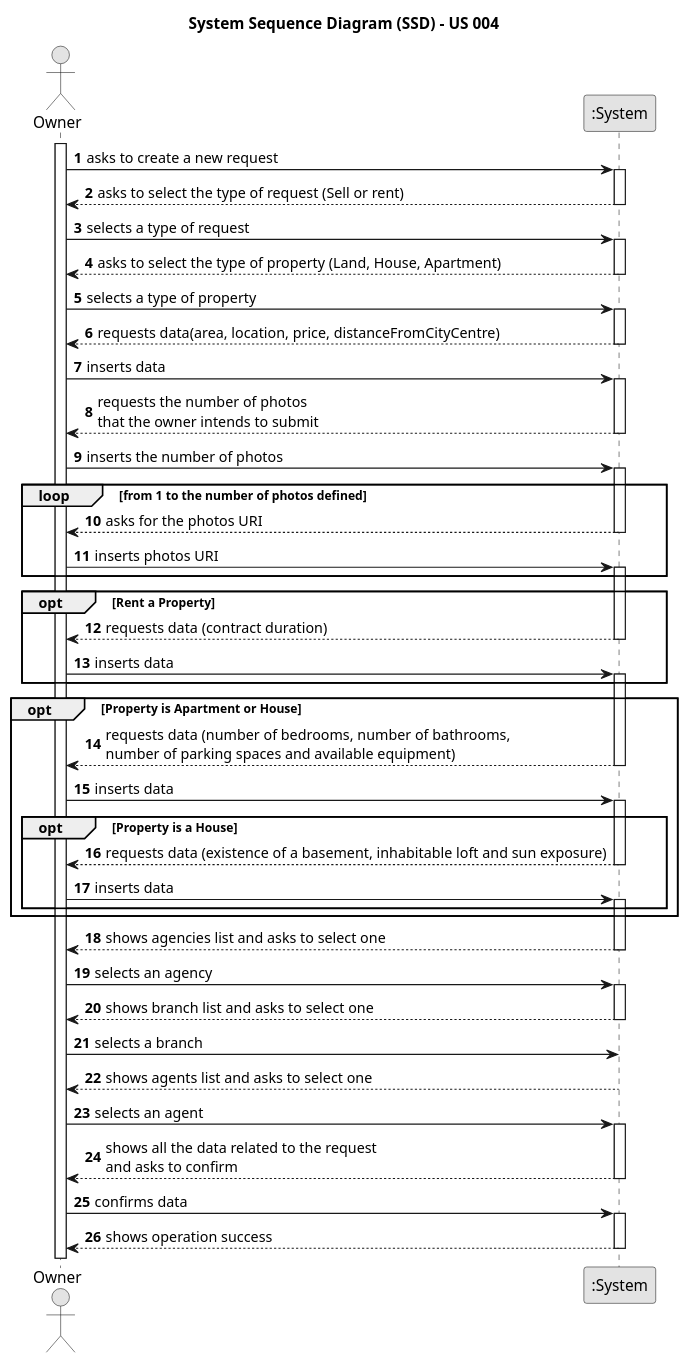
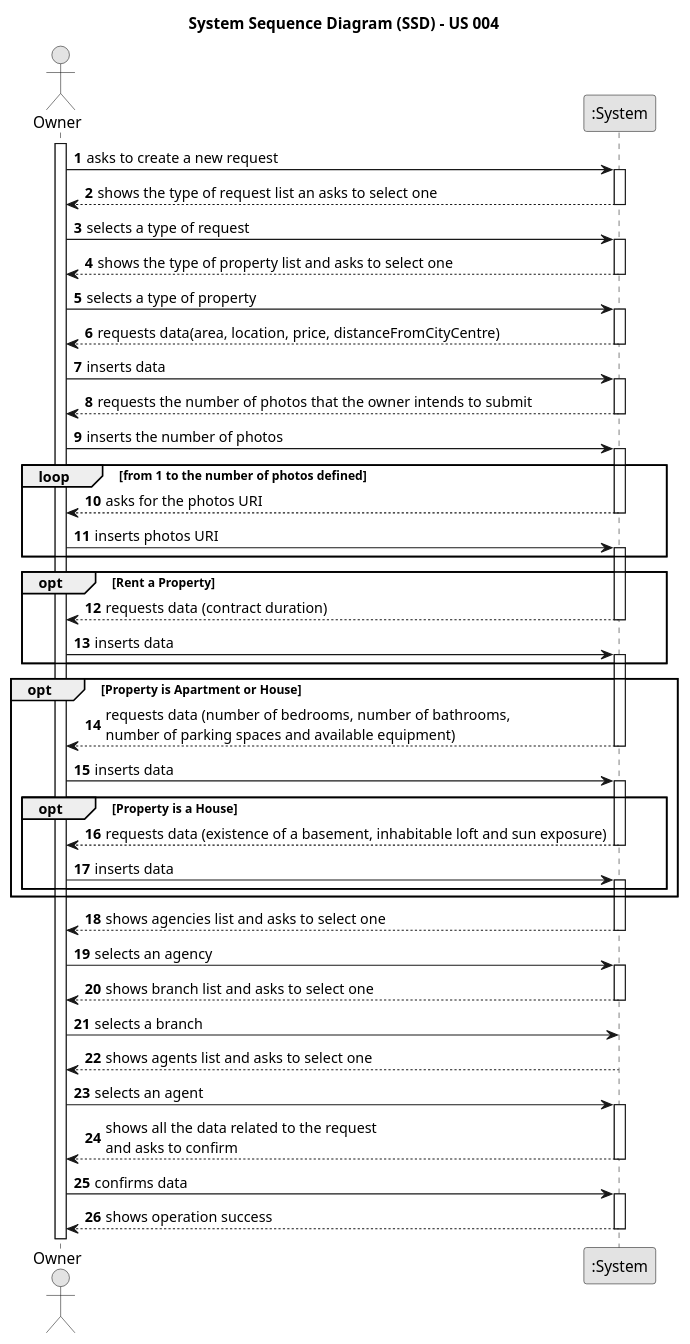
One commit to 1220812/LAPR2 changed the diagram in docs/sprintC/us004/01.requirements-engineering/puml/us004-system-sequence-diagram.puml. Above: the diagram before and after it, drawn with PlantUML. The commit also changed 4 other files, not shown here.

```diff
--- a/docs/sprintC/us004/01.requirements-engineering/puml/us004-system-sequence-diagram.puml
+++ b/docs/sprintC/us004/01.requirements-engineering/puml/us004-system-sequence-diagram.puml
@@ -1,133 +1,133 @@
 @startuml
 skinparam monochrome true
 skinparam packageStyle rectangle
 skinparam shadowing false
 
 title System Sequence Diagram (SSD) - US 004
 
 autonumber
 
 actor "Owner" as Owner
 participant ":System" as System
 
 activate Owner
 
     Owner -> System : asks to create a new request
 
     activate System
 
-    System --> Owner : asks to select the type of request (Sell or rent)
+    System --> Owner : shows the type of request list an asks to select one
 
     deactivate System
 
     Owner -> System : selects a type of request
 
     activate System
 
-    System --> Owner : asks to select the type of property (Land, House, Apartment)
+    System --> Owner : shows the type of property list and asks to select one
 
     deactivate System
 
     Owner -> System : selects a type of property
 
     activate System
 
     System --> Owner : requests data(area, location, price, distanceFromCityCentre)
 
     deactivate System
 
     Owner -> System : inserts data
 
     activate System
 
-    System --> Owner : requests the number of photos \nthat the owner intends to submit
+    System --> Owner : requests the number of photos that the owner intends to submit
 
     deactivate System
 
     Owner -> System : inserts the number of photos
 
     activate System
 
     loop from 1 to the number of photos defined
 
     System --> Owner : asks for the photos URI
 
     deactivate System
 
     Owner -> System : inserts photos URI
 
     activate System
 
     end
 
     opt Rent a Property
 
     System --> Owner : requests data (contract duration)
 
     deactivate System
 
     Owner -> System : inserts data
 
     activate System
 
     end
 
     opt Property is Apartment or House
 
     System --> Owner : requests data (number of bedrooms, number of bathrooms, \nnumber of parking spaces and available equipment)
 
     deactivate System
 
     Owner -> System : inserts data
 
     activate System
 
     opt Property is a House
 
     System --> Owner : requests data (existence of a basement, inhabitable loft and sun exposure)
 
     deactivate System
 
     Owner -> System : inserts data
 
     activate System
 
     end
 
     end
 
     System --> Owner : shows agencies list and asks to select one
 
     deactivate System
 
     Owner -> System : selects an agency
 
     activate System
 
     System --> Owner : shows branch list and asks to select one
 
     deactivate System
 
     Owner -> System : selects a branch
 
     System --> Owner : shows agents list and asks to select one
 
     deactivate System
 
     Owner -> System : selects an agent
 
     activate System
 
     System --> Owner : shows all the data related to the request \nand asks to confirm
 
     deactivate System
 
     Owner -> System : confirms data
 
     activate System
 
     System --> Owner : shows operation success
 
     deactivate System
 
 @enduml
```
